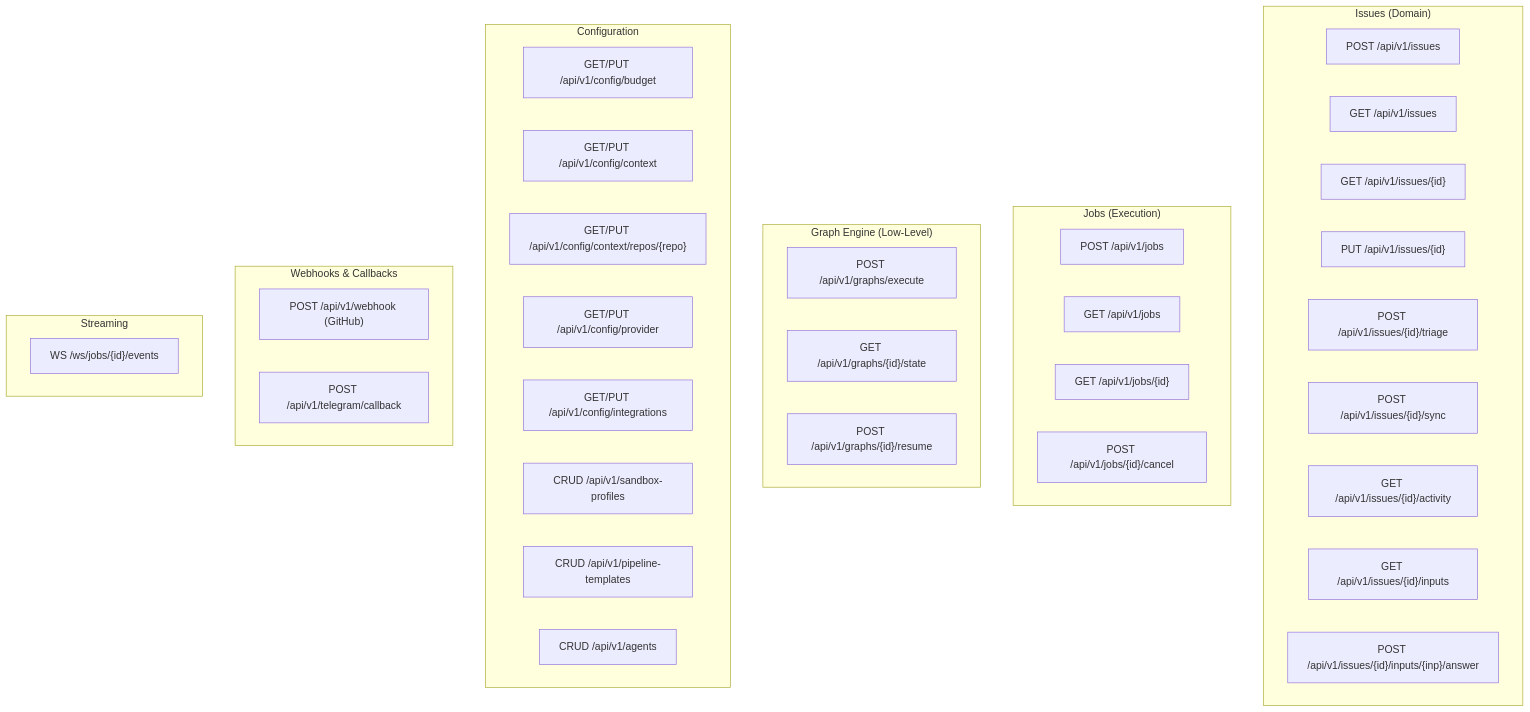
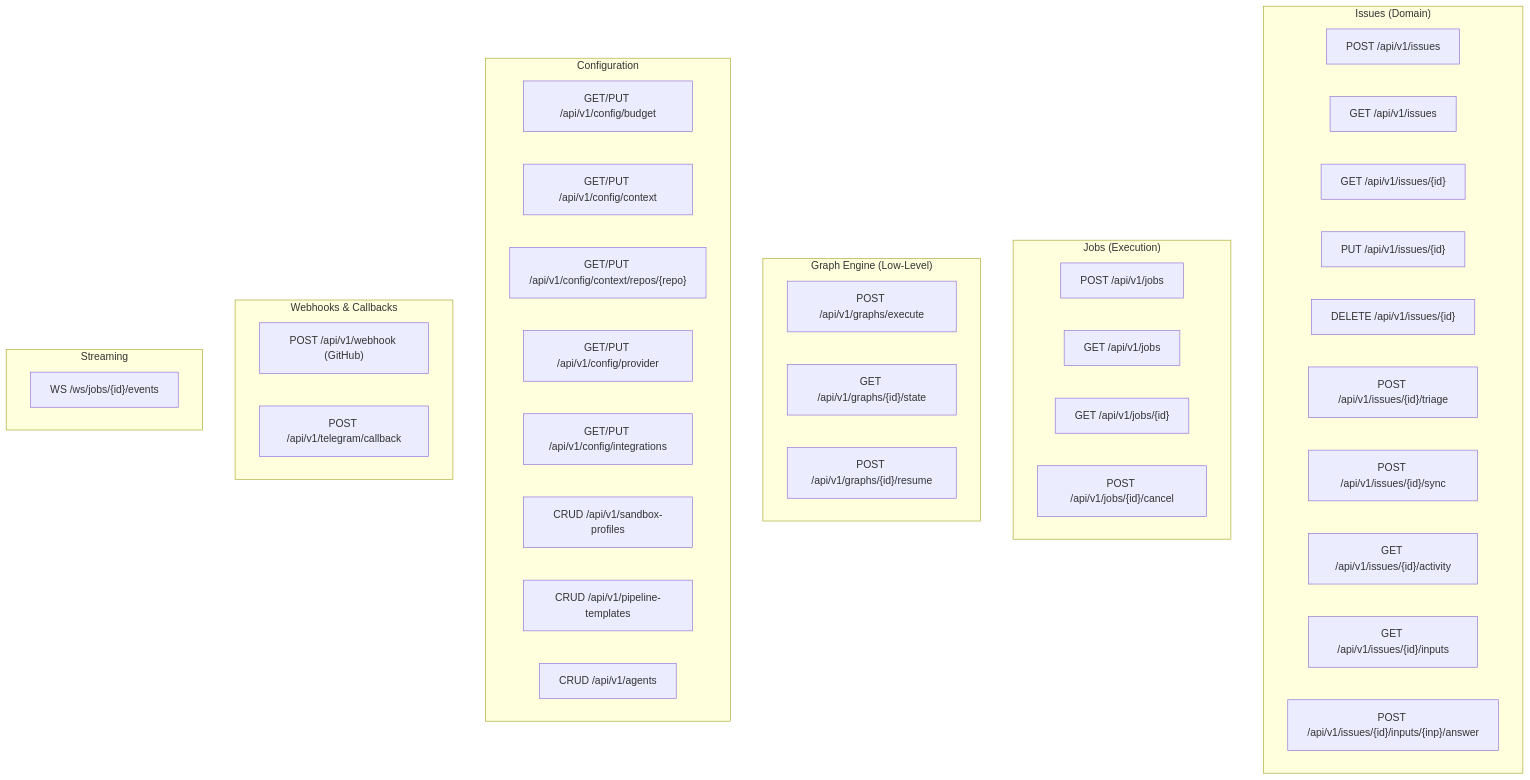
Before and after one commit to sudoTomas/embry0: the seventh of 10 diagrams in docs/architecture.md, drawn with Mermaid. The commit also changed other lines of this file, not shown here.

Commit message:
docs(architecture): bring architecture.md in line with Plans A–D (state/WS/errors/tasks)

````diff
--- a/docs/architecture.md
+++ b/docs/architecture.md
@@ -421,47 +431,48 @@
 ```mermaid
 graph TB
     subgraph "Issues (Domain)"
         IC["POST /api/v1/issues"]
         IL["GET /api/v1/issues"]
         ID["GET /api/v1/issues/{id}"]
         IU["PUT /api/v1/issues/{id}"]
+        IX["DELETE /api/v1/issues/{id}"]
         IT["POST /api/v1/issues/{id}/triage"]
         IS["POST /api/v1/issues/{id}/sync"]
         IA["GET /api/v1/issues/{id}/activity"]
         II["GET /api/v1/issues/{id}/inputs"]
         IIA["POST /api/v1/issues/{id}/inputs/{inp}/answer"]
     end
 
     subgraph "Jobs (Execution)"
         JC["POST /api/v1/jobs"]
         JL["GET /api/v1/jobs"]
         JD["GET /api/v1/jobs/{id}"]
         JX["POST /api/v1/jobs/{id}/cancel"]
     end
 
     subgraph "Graph Engine (Low-Level)"
         EX["POST /api/v1/graphs/execute"]
         GS["GET /api/v1/graphs/{id}/state"]
         RS["POST /api/v1/graphs/{id}/resume"]
     end
 
     subgraph "Configuration"
         BG["GET/PUT /api/v1/config/budget"]
         CX["GET/PUT /api/v1/config/context"]
         CR["GET/PUT /api/v1/config/context/repos/{repo}"]
         PR["GET/PUT /api/v1/config/provider"]
         IG["GET/PUT /api/v1/config/integrations"]
         SP["CRUD /api/v1/sandbox-profiles"]
         PT["CRUD /api/v1/pipeline-templates"]
         AG["CRUD /api/v1/agents"]
     end
 
     subgraph "Webhooks & Callbacks"
         WH["POST /api/v1/webhook (GitHub)"]
         TC["POST /api/v1/telegram/callback"]
     end
 
     subgraph "Streaming"
         WSK["WS /ws/jobs/{id}/events"]
     end
 ```
````
